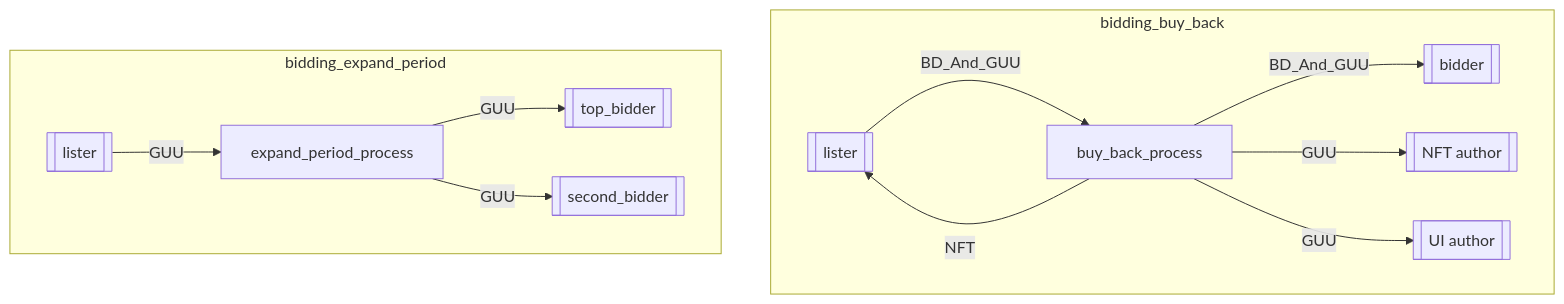
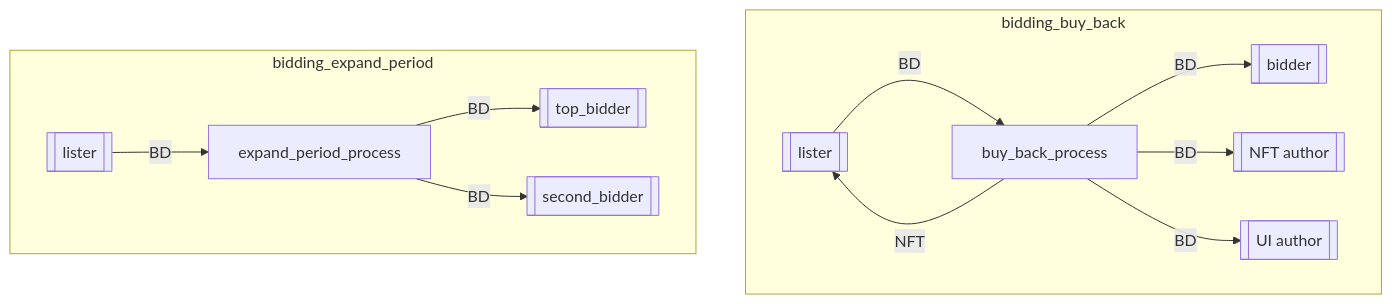
The third of 7 diagrams in x/nftmarket/spec/03_auction_state.md (UnUniFi/chain), drawn with Mermaid before and after one commit. The commit also changed other lines of this file, not shown here.

Commit message:
modify: delete guu incentive

````diff
--- a/x/nftmarket/spec/03_auction_state.md
+++ b/x/nftmarket/spec/03_auction_state.md
@@ -89,25 +89,25 @@
 ```mermaid
 flowchart TD
 subgraph bidding_buy_back
 	bidder_buy_back[[bidder]]
 	lister_buy_back[[lister]]
 	NFT_author_buy_back[[NFT author]]
 	UI_author_buy_back[[UI author]]
 
-	lister_buy_back --BD_And_GUU--> buy_back_process
-	buy_back_process --BD_And_GUU--> bidder_buy_back
-	buy_back_process --GUU--> NFT_author_buy_back
-	buy_back_process --GUU--> UI_author_buy_back
+	lister_buy_back --BD--> buy_back_process
+	buy_back_process --BD--> bidder_buy_back
+	buy_back_process --BD--> NFT_author_buy_back
+	buy_back_process --BD--> UI_author_buy_back
 	buy_back_process --NFT--> lister_buy_back
 end
 
 subgraph bidding_expand_period
 	top_bidder_expand_period[[top_bidder]]
 	second_bidder_expand_period[[second_bidder]]
 	lister_expand_period[[lister]]
 
-	lister_expand_period--GUU--> expand_period_process
-	expand_period_process--GUU--> top_bidder_expand_period
-	expand_period_process--GUU--> second_bidder_expand_period
+	lister_expand_period--BD--> expand_period_process
+	expand_period_process--BD--> top_bidder_expand_period
+	expand_period_process--BD--> second_bidder_expand_period
 end
 ```
````
